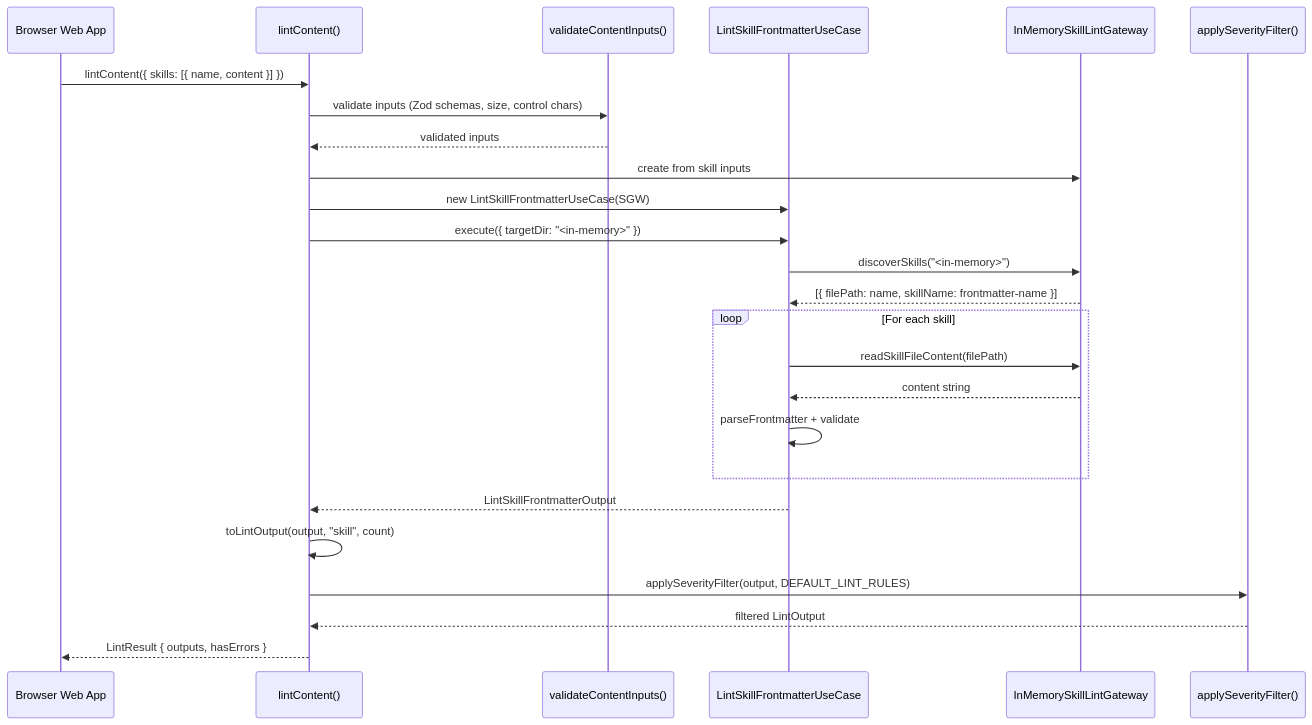
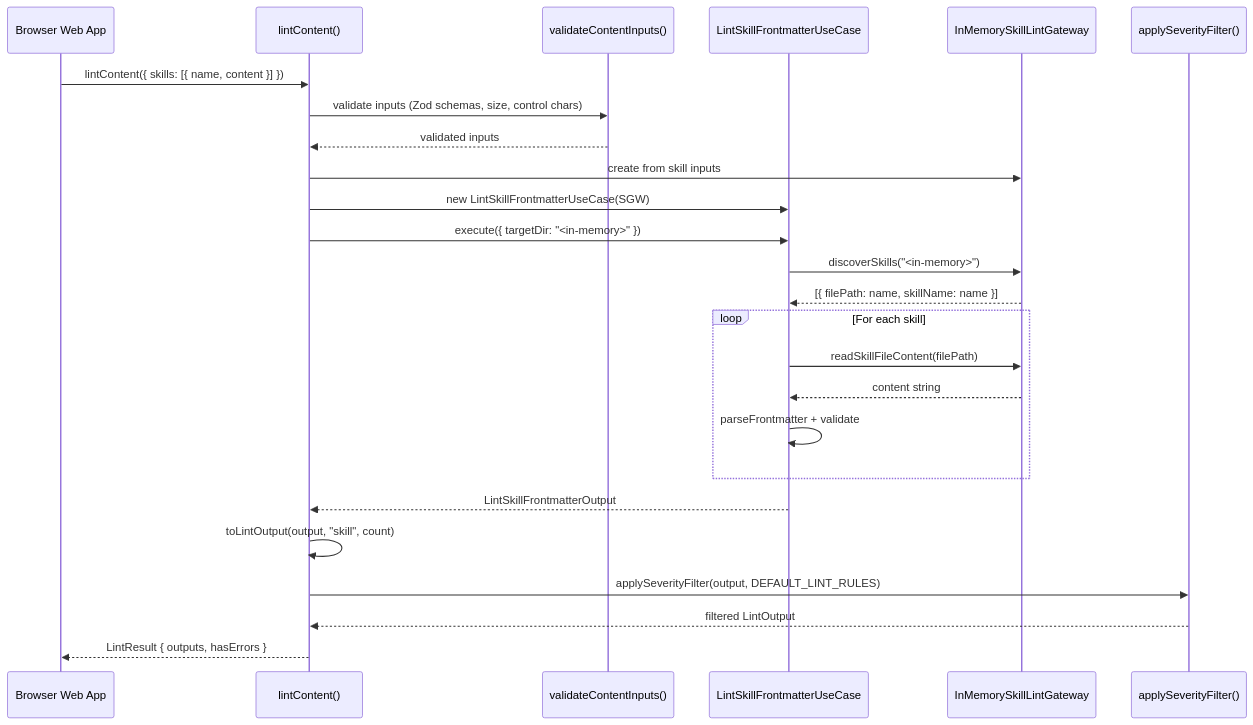
One commit to zpratt/lousy-agents changed the second of 2 diagrams in .github/specs/lint-string-input.spec.md. Above: the diagram before and after it, drawn with Mermaid. The commit also changed other lines of this file, not shown here.

````diff
--- a/.github/specs/lint-string-input.spec.md
+++ b/.github/specs/lint-string-input.spec.md
@@ -230,30 +230,30 @@
 ```mermaid
 sequenceDiagram
     participant WebApp as Browser Web App
     participant LC as lintContent()
     participant V as validateContentInputs()
     participant SUC as LintSkillFrontmatterUseCase
     participant SGW as InMemorySkillLintGateway
     participant Filter as applySeverityFilter()
 
     WebApp->>LC: lintContent({ skills: [{ name, content }] })
     LC->>V: validate inputs (Zod schemas, size, control chars)
     V-->>LC: validated inputs
 
     LC->>SGW: create from skill inputs
     LC->>SUC: new LintSkillFrontmatterUseCase(SGW)
     LC->>SUC: execute({ targetDir: "<in-memory>" })
     SUC->>SGW: discoverSkills("<in-memory>")
-    SGW-->>SUC: [{ filePath: name, skillName: frontmatter-name }]
+    SGW-->>SUC: [{ filePath: name, skillName: name }]
     loop For each skill
         SUC->>SGW: readSkillFileContent(filePath)
         SGW-->>SUC: content string
         SUC->>SUC: parseFrontmatter + validate
     end
     SUC-->>LC: LintSkillFrontmatterOutput
 
     LC->>LC: toLintOutput(output, "skill", count)
     LC->>Filter: applySeverityFilter(output, DEFAULT_LINT_RULES)
     Filter-->>LC: filtered LintOutput
     LC-->>WebApp: LintResult { outputs, hasErrors }
 ```
````
